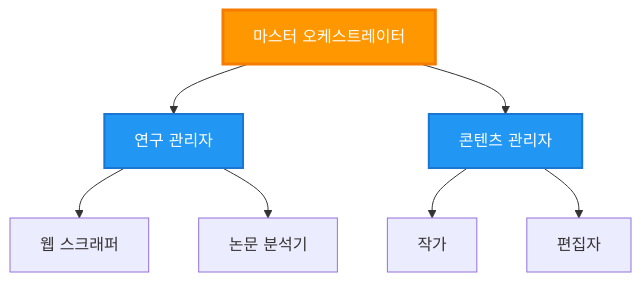
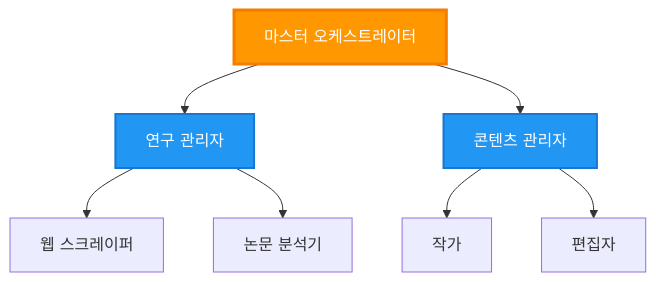
The third of 6 diagrams in translations/ko/docs/chapter-06-pre-deployment/coordination-patterns.md (microsoft/AZD-for-beginners), drawn with Mermaid before and after one commit. The commit also changed other lines of this file and 101 other files, not shown here.

````diff
--- a/translations/ko/docs/chapter-06-pre-deployment/coordination-patterns.md
+++ b/translations/ko/docs/chapter-06-pre-deployment/coordination-patterns.md
@@ -149,21 +143,21 @@
 ```mermaid
 graph TB
     Master[마스터 오케스트레이터]
     Manager1[연구 관리자]
     Manager2[콘텐츠 관리자]
-    W1[웹 스크래퍼]
+    W1[웹 스크레이퍼]
     W2[논문 분석기]
     W3[작가]
     W4[편집자]
     
     Master --> Manager1
     Master --> Manager2
     Manager1 --> W1
     Manager1 --> W2
     Manager2 --> W3
     Manager2 --> W4
     
     style Master fill:#FF9800,stroke:#F57C00,stroke-width:3px,color:#fff
     style Manager1 fill:#2196F3,stroke:#1976D2,stroke-width:2px,color:#fff
     style Manager2 fill:#2196F3,stroke:#1976D2,stroke-width:2px,color:#fff
 ```
````
